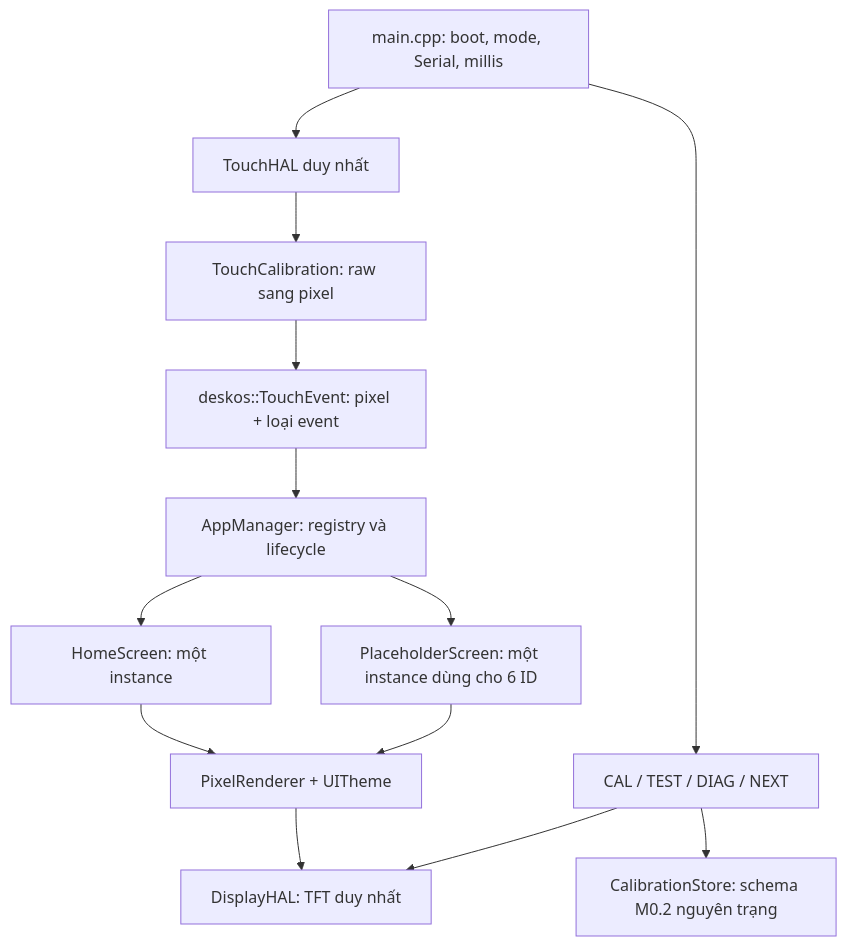
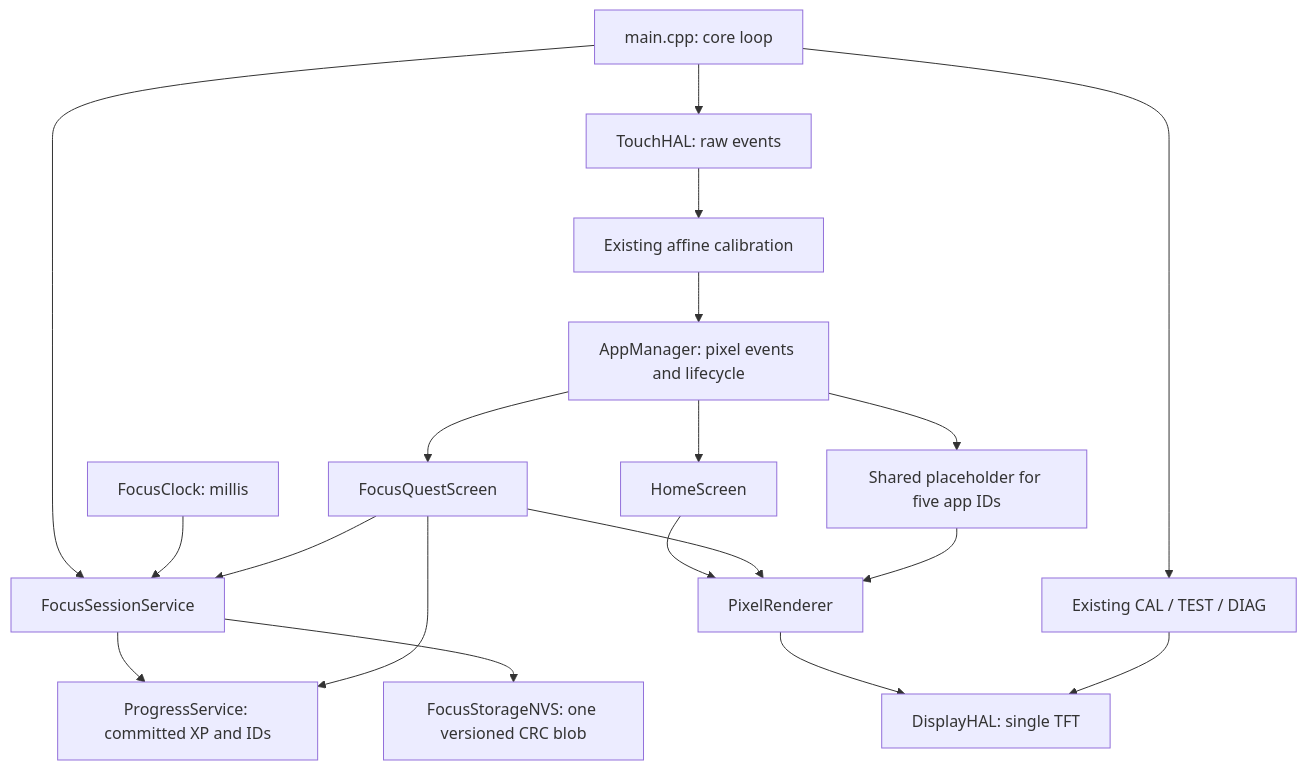
Before and after one commit to Porsona/ESP32: the first of 2 diagrams in docs/ARCHITECTURE.md, drawn with Mermaid. The commit also changed other lines of this file and 27 other files, not shown here.

First line of the commit message:
M1 Focus Quest: Pomodoro 25/5, shared XP and NVS persistence

````diff
--- a/docs/ARCHITECTURE.md
+++ b/docs/ARCHITECTURE.md
@@ -31,15 +26,21 @@
 ```mermaid
 flowchart TD
-    MAIN[main.cpp: boot, mode, Serial, millis] --> TOUCH[TouchHAL duy nhất]
-    TOUCH --> MAP[TouchCalibration: raw sang pixel]
-    MAP --> EVENT[deskos::TouchEvent: pixel + loại event]
-    EVENT --> MANAGER[AppManager: registry và lifecycle]
-    MANAGER --> HOME[HomeScreen: một instance]
-    MANAGER --> PLACE[PlaceholderScreen: một instance dùng cho 6 ID]
-    HOME --> PIXEL[PixelRenderer + UITheme]
+    MAIN[main.cpp: core loop] --> TIMER[FocusSessionService]
+    CLOCK[FocusClock: millis] --> TIMER
+    TIMER --> PROGRESS[ProgressService: committed XP and IDs]
+    TIMER --> STORE[FocusStorageNVS: one versioned CRC blob]
+    MAIN --> TOUCH[TouchHAL: raw events]
+    TOUCH --> MAP[Existing affine calibration]
+    MAP --> MANAGER[AppManager: pixel events and lifecycle]
+    MANAGER --> HOME[HomeScreen]
+    MANAGER --> FOCUS[FocusQuestScreen]
+    MANAGER --> PLACE[Shared placeholder for five app IDs]
+    FOCUS --> TIMER
+    FOCUS --> PROGRESS
+    HOME --> PIXEL[PixelRenderer]
+    FOCUS --> PIXEL
     PLACE --> PIXEL
-    PIXEL --> DISPLAY[DisplayHAL: TFT duy nhất]
-    MAIN --> RECOVERY[CAL / TEST / DIAG / NEXT]
+    PIXEL --> DISPLAY[DisplayHAL: single TFT]
+    MAIN --> RECOVERY[Existing CAL / TEST / DIAG]
     RECOVERY --> DISPLAY
-    RECOVERY --> NVS[CalibrationStore: schema M0.2 nguyên trạng]
 ```
````
